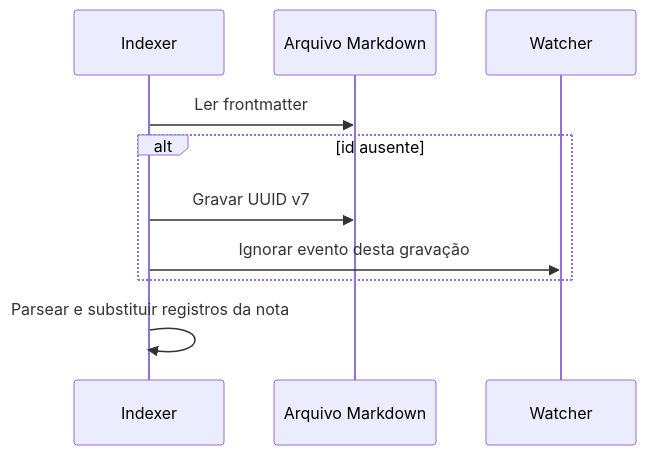
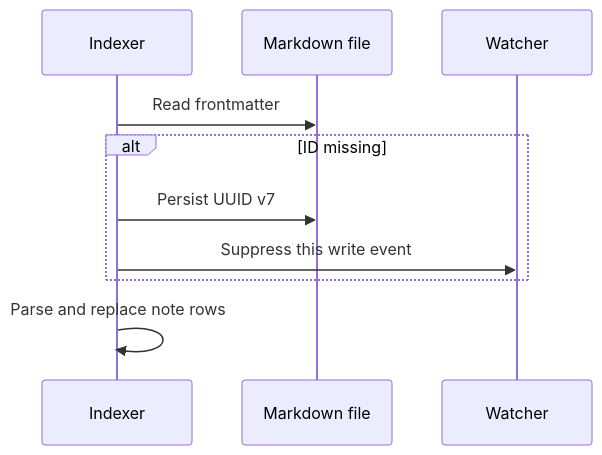
The diagram in docs/features/uuid-system.md (everton-dgn/vault-search-mcp), drawn with Mermaid before and after one commit. The commit also changed other lines of this file and 200 other files, not shown here.

````diff
--- a/docs/features/uuid-system.md
+++ b/docs/features/uuid-system.md
@@ -35,12 +33,12 @@
 ```mermaid
 sequenceDiagram
     participant I as Indexer
-    participant F as Arquivo Markdown
+    participant F as Markdown file
     participant W as Watcher
-    I->>F: Ler frontmatter
-    alt id ausente
-        I->>F: Gravar UUID v7
-        I->>W: Ignorar evento desta gravação
+    I->>F: Read frontmatter
+    alt ID missing
+        I->>F: Persist UUID v7
+        I->>W: Suppress this write event
     end
-    I->>I: Parsear e substituir registros da nota
+    I->>I: Parse and replace note rows
 ```
````
